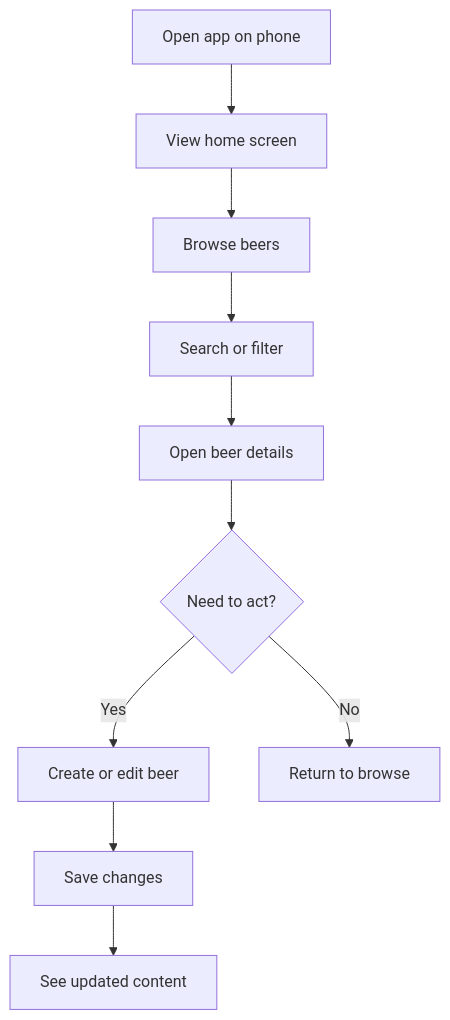
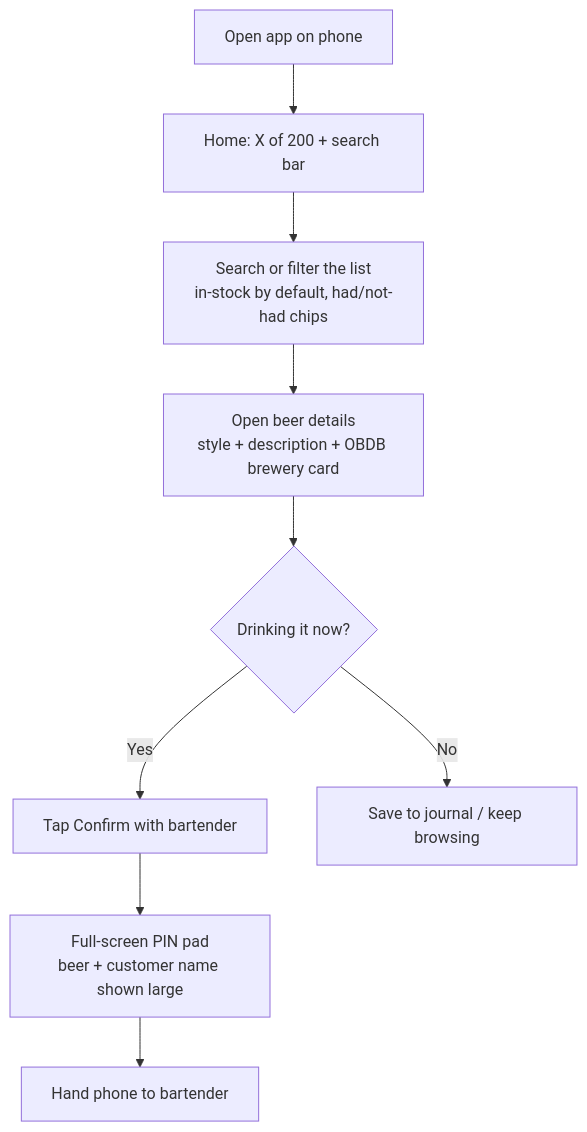
The first of 6 diagrams in PRODUCT_FLOW_DIAGRAM.md (pmconnolly80/FinalCapstone), drawn with Mermaid before and after one commit. The commit also changed other lines of this file and 10 other files, not shown here.

First line of the commit message:
docs: expand product plan — one-device PIN confirmation, push, social, My Beers, data sourcing

````diff
--- a/PRODUCT_FLOW_DIAGRAM.md
+++ b/PRODUCT_FLOW_DIAGRAM.md
@@ -5,12 +5,11 @@
 ```mermaid
 flowchart TD
-    A[Open app on phone] --> B[View home screen]
-    B --> C[Browse beers]
-    C --> D[Search or filter]
-    D --> E[Open beer details]
-    E --> F{Need to act?}
-    F -->|Yes| G[Create or edit beer]
-    F -->|No| H[Return to browse]
-    G --> I[Save changes]
-    I --> J[See updated content]
+    A[Open app on phone] --> B[Home: X of 200 + search bar]
+    B --> C[Search or filter the list<br/>in-stock by default, had/not-had chips]
+    C --> D[Open beer details<br/>style + description + OBDB brewery card]
+    D --> E{Drinking it now?}
+    E -->|Yes| F[Tap Confirm with bartender]
+    E -->|No| G[Save to journal / keep browsing]
+    F --> H[Full-screen PIN pad<br/>beer + customer name shown large]
+    H --> I[Hand phone to bartender]
 ```
````
